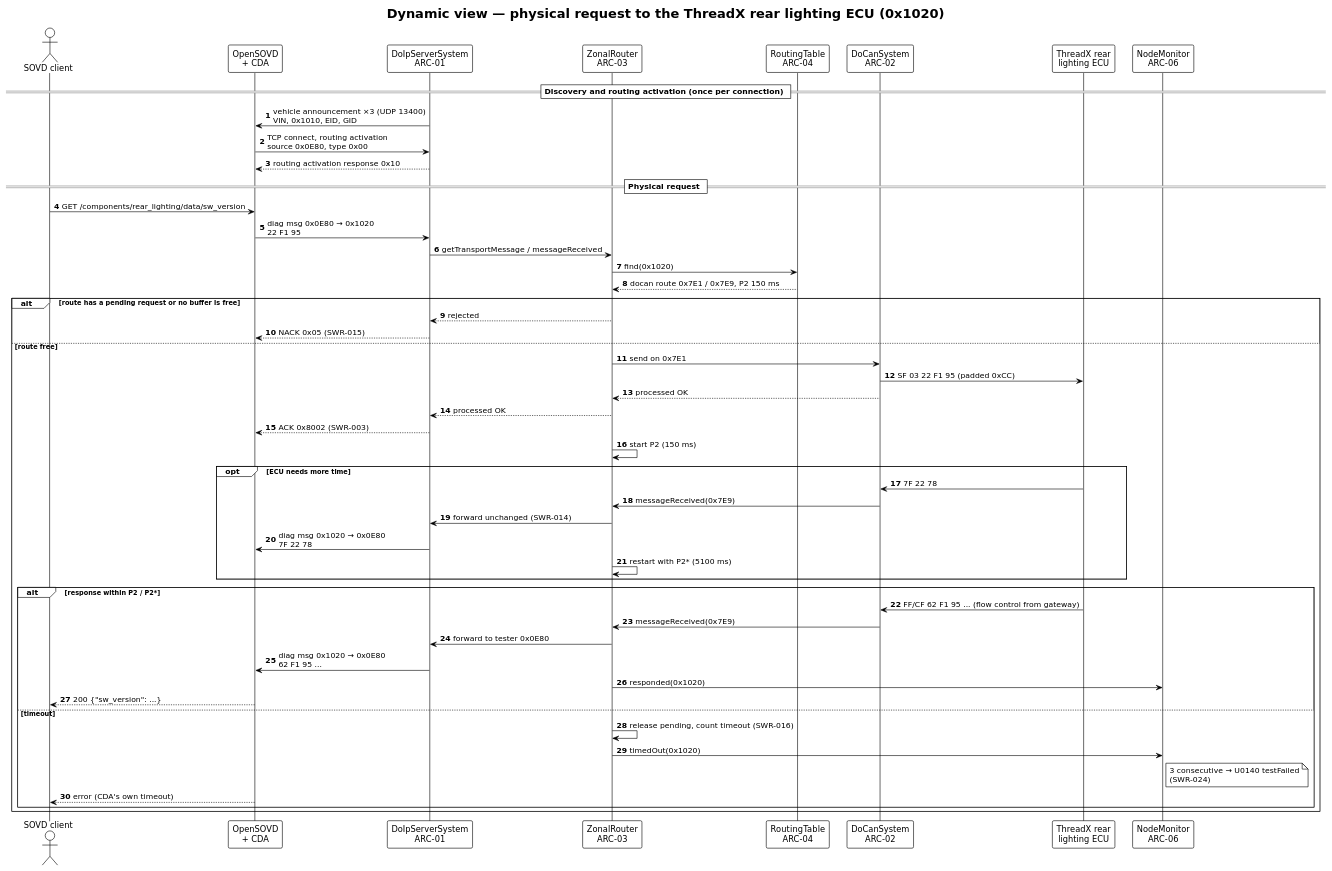
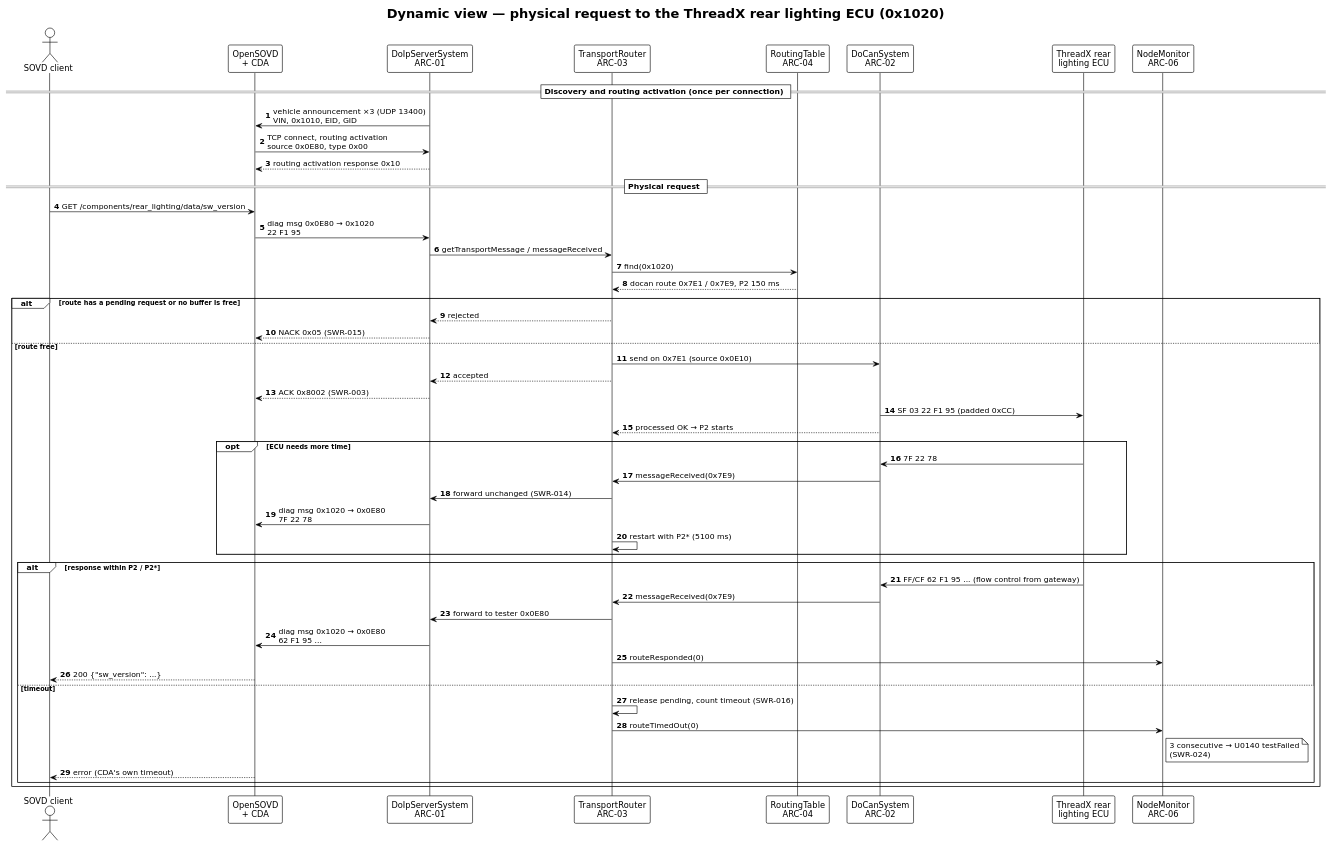
The diagram in OpenBSW/aspice/swe2-architecture/diagrams/physical-routing.puml (Eclipse-SDV-Hackathon-Chapter-Four/Thinking_CAPs), drawn with PlantUML before and after one commit. The commit also changed 48 other files, not shown here.

```diff
--- a/OpenBSW/aspice/swe2-architecture/diagrams/physical-routing.puml
+++ b/OpenBSW/aspice/swe2-architecture/diagrams/physical-routing.puml
@@ -1,59 +1,58 @@
 @startuml physical-routing
 !theme plain
 skinparam defaultFontName "DejaVu Sans"
 skinparam shadowing false
 title Dynamic view — physical request to the ThreadX rear lighting ECU (0x1020)
 autonumber
 
 actor "SOVD client" as U
 participant "OpenSOVD\n+ CDA" as CDA
 participant "DoIpServerSystem\nARC-01" as DoIp
-participant "ZonalRouter\nARC-03" as R
+participant "TransportRouter\nARC-03" as R
 participant "RoutingTable\nARC-04" as T
 participant "DoCanSystem\nARC-02" as Tp
 participant "ThreadX rear\nlighting ECU" as ECU
 participant "NodeMonitor\nARC-06" as M
 
 == Discovery and routing activation (once per connection) ==
 DoIp -> CDA : vehicle announcement ×3 (UDP 13400)\nVIN, 0x1010, EID, GID
 CDA -> DoIp : TCP connect, routing activation\nsource 0x0E80, type 0x00
 DoIp --> CDA : routing activation response 0x10
 
 == Physical request ==
 U -> CDA : GET /components/rear_lighting/data/sw_version
 CDA -> DoIp : diag msg 0x0E80 → 0x1020\n22 F1 95
 DoIp -> R : getTransportMessage / messageReceived
 R -> T : find(0x1020)
 T --> R : docan route 0x7E1 / 0x7E9, P2 150 ms
 alt route has a pending request or no buffer is free
   R --> DoIp : rejected
   DoIp --> CDA : NACK 0x05 (SWR-015)
 else route free
-  R -> Tp : send on 0x7E1
+  R -> Tp : send on 0x7E1 (source 0x0E10)
+  R --> DoIp : accepted
+  DoIp --> CDA : ACK 0x8002 (SWR-003)
   Tp -> ECU : SF 03 22 F1 95 (padded 0xCC)
-  Tp --> R : processed OK
-  R --> DoIp : processed OK
-  DoIp --> CDA : ACK 0x8002 (SWR-003)
-  R -> R : start P2 (150 ms)
+  Tp --> R : processed OK → P2 starts
   opt ECU needs more time
     ECU -> Tp : 7F 22 78
     Tp -> R : messageReceived(0x7E9)
     R -> DoIp : forward unchanged (SWR-014)
     DoIp -> CDA : diag msg 0x1020 → 0x0E80\n7F 22 78
     R -> R : restart with P2* (5100 ms)
   end
   alt response within P2 / P2*
     ECU -> Tp : FF/CF 62 F1 95 ... (flow control from gateway)
     Tp -> R : messageReceived(0x7E9)
     R -> DoIp : forward to tester 0x0E80
     DoIp -> CDA : diag msg 0x1020 → 0x0E80\n62 F1 95 ...
-    R -> M : responded(0x1020)
+    R -> M : routeResponded(0)
     CDA --> U : 200 {"sw_version": ...}
   else timeout
     R -> R : release pending, count timeout (SWR-016)
-    R -> M : timedOut(0x1020)
+    R -> M : routeTimedOut(0)
     note right of M : 3 consecutive → U0140 testFailed\n(SWR-024)
     CDA --> U : error (CDA's own timeout)
   end
 end
 @enduml
```
